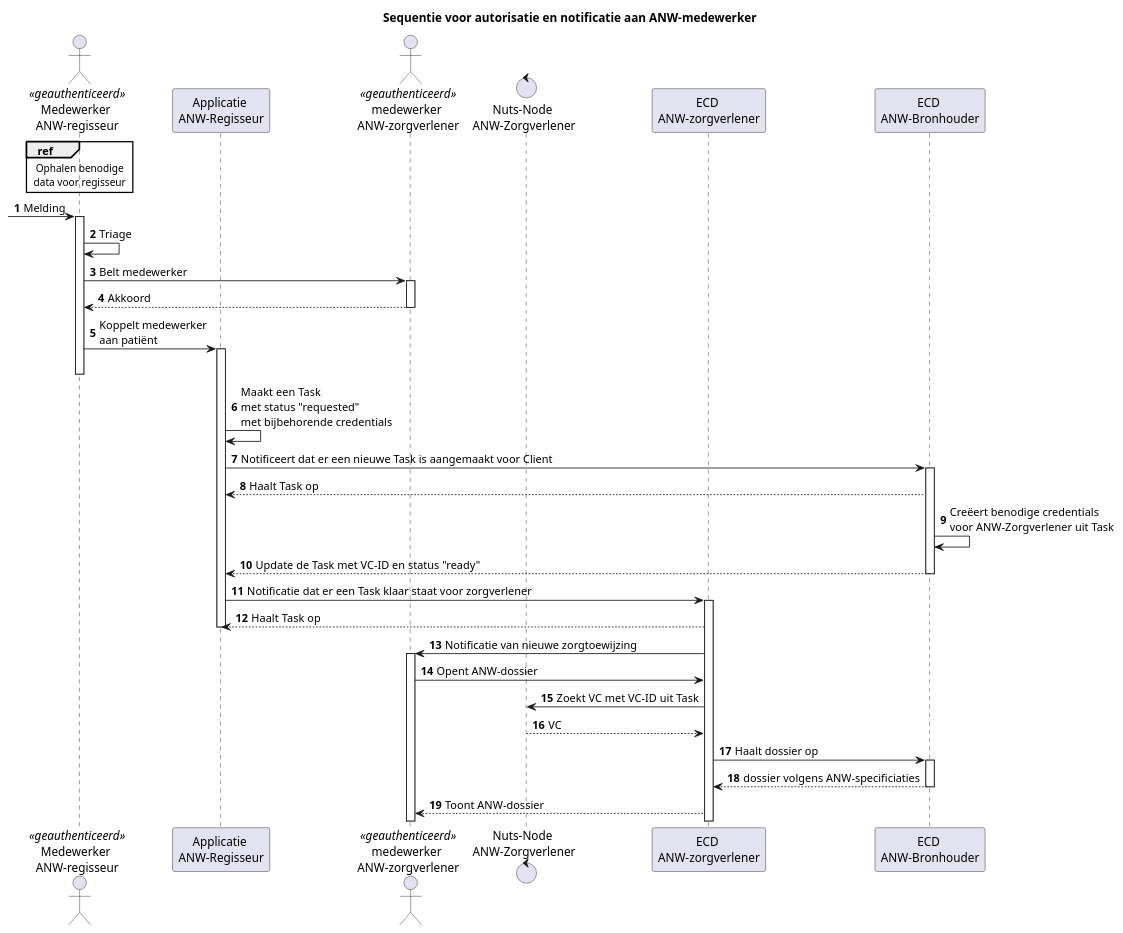
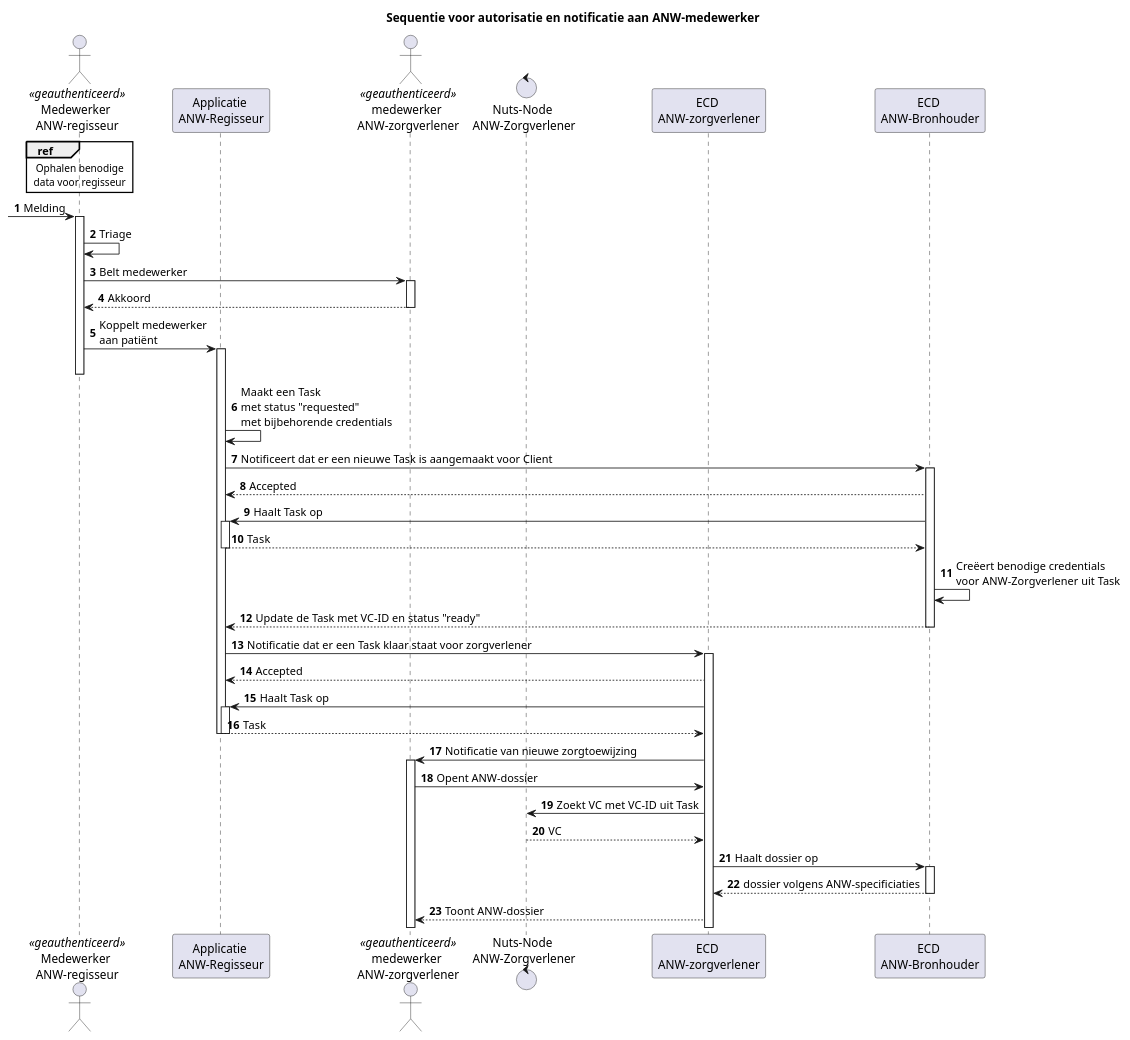
Before and after one commit to nuts-foundation/bolts: the diagram in .gitbook/assets/ANWSequence_V3.puml, drawn with PlantUML. The commit also changed 4 other files, not shown here.

Commit message:
update sequence diagrams, inclusion of the diagram for retrieval of clients and employees for ANW.

```diff
--- a/.gitbook/assets/ANWSequence_V3.puml
+++ b/.gitbook/assets/ANWSequence_V3.puml
@@ -1,38 +1,44 @@
 @startuml
 'https://plantuml.com/sequence-diagram
 
 title Sequentie voor autorisatie en notificatie aan ANW-medewerker
 
 autonumber
 actor ZMWANW as "Medewerker \nANW-regisseur"<<geauthenticeerd>>
 participant ANWSystem as "Applicatie \nANW-Regisseur"
 actor ANWEmpl as "medewerker \nANW-zorgverlener"<<geauthenticeerd>>
 control nNodeB as "Nuts-Node \nANW-Zorgverlener"
 participant VVTA as "ECD \nANW-zorgverlener"
 participant VVTB as "ECD \nANW-Bronhouder"
 
 ref over ZMWANW:Ophalen benodige\ndata voor regisseur
 -> ZMWANW ++: Melding
 ZMWANW -> ZMWANW: Triage
 ZMWANW -> ANWEmpl ++: Belt medewerker
 return Akkoord
 ZMWANW -> ANWSystem++: Koppelt medewerker\naan patiënt
 ZMWANW --
 ANWSystem -> ANWSystem : Maakt een Task \nmet status "requested" \nmet bijbehorende credentials
 ANWSystem -> VVTB++: Notificeert dat er een nieuwe Task is aangemaakt voor Client
-VVTB --> ANWSystem: Haalt Task op
+VVTB --> ANWSystem: Accepted
+VVTB -> ANWSystem ++: Haalt Task op
+ANWSystem --> VVTB: Task
+ANWSystem --
 VVTB -> VVTB: Creëert benodige credentials \nvoor ANW-Zorgverlener uit Task
 VVTB --> ANWSystem --: Update de Task met VC-ID en status "ready"
 ANWSystem -> VVTA ++: Notificatie dat er een Task klaar staat voor zorgverlener
-VVTA --> ANWSystem: Haalt Task op
+VVTA --> ANWSystem: Accepted
+VVTA -> ANWSystem ++: Haalt Task op
+ANWSystem --> VVTA: Task
+ANWSystem --
 ANWSystem --
 VVTA -> ANWEmpl ++: Notificatie van nieuwe zorgtoewijzing
 
 ANWEmpl -> VVTA: Opent ANW-dossier
 VVTA -> nNodeB: Zoekt VC met VC-ID uit Task
 nNodeB --> VVTA: VC
 VVTA -> VVTB ++: Haalt dossier op
 return dossier volgens ANW-specificiaties
 VVTA --> ANWEmpl: Toont ANW-dossier
 
 @enduml
```
